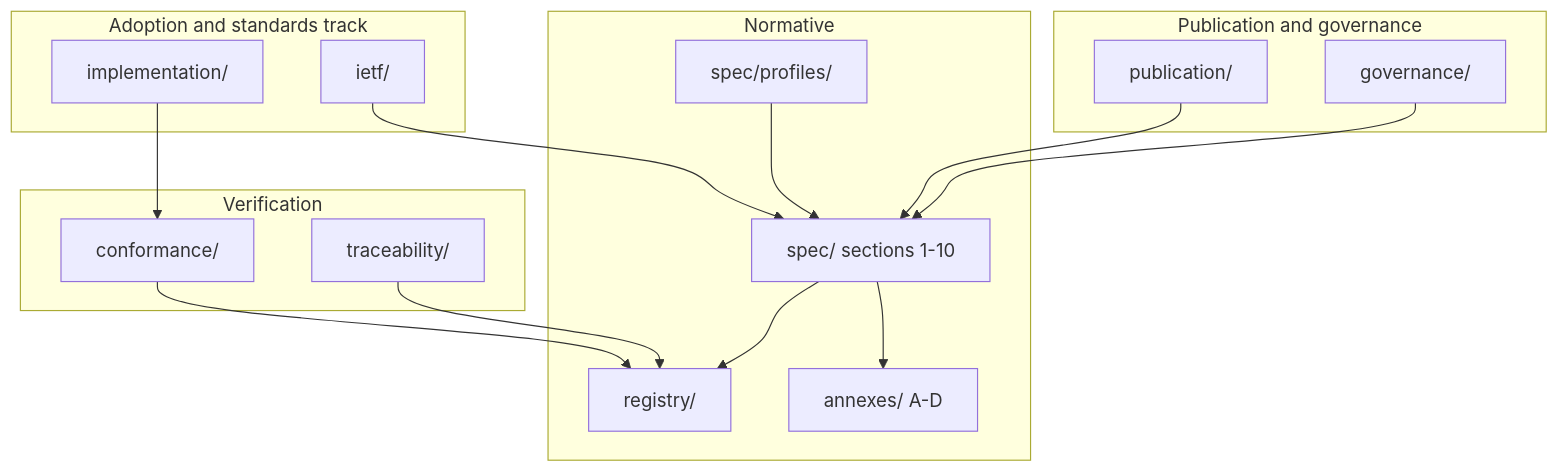
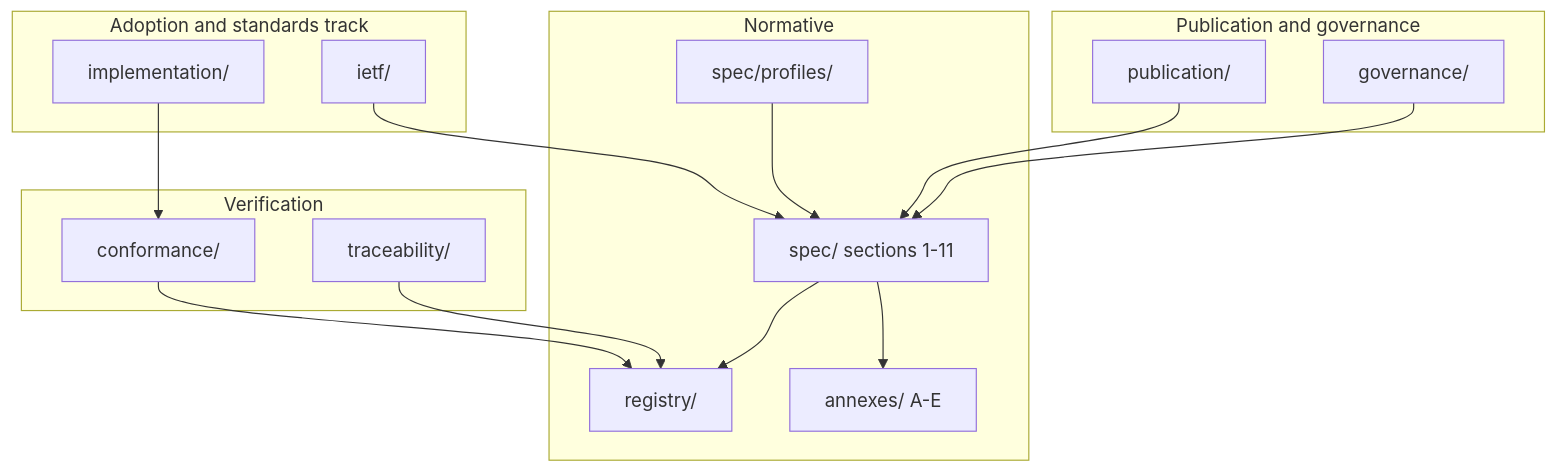
The diagram in STRUCTURE.md (odtis/core-spec), drawn with Mermaid before and after one commit. The commit also changed other lines of this file and 140 other files, not shown here.

````diff
--- a/STRUCTURE.md
+++ b/STRUCTURE.md
@@ -14,30 +14,30 @@
 ```mermaid
 flowchart TB
 subgraph normative [Normative]
-SPEC[spec/ sections 1-10]
+SPEC[spec/ sections 1-11]
 REG[registry/]
-ANNA[annexes/ A-D]
+ANNA[annexes/ A-E]
 PROF[spec/profiles/]
 end
 subgraph verify [Verification]
 CONF[conformance/]
 TRACE[traceability/]
 end
 subgraph publish [Publication and governance]
 PUB[publication/]
 GOV[governance/]
 end
 subgraph adopt [Adoption and standards track]
 IMPL[implementation/]
 IETF[ietf/]
 end
 SPEC --> REG
 SPEC --> ANNA
 PROF --> SPEC
 CONF --> REG
 TRACE --> REG
 PUB --> SPEC
 GOV --> SPEC
 IMPL --> CONF
 IETF --> SPEC
 ```
````
